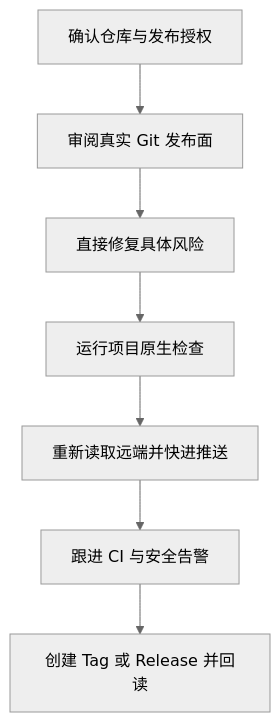
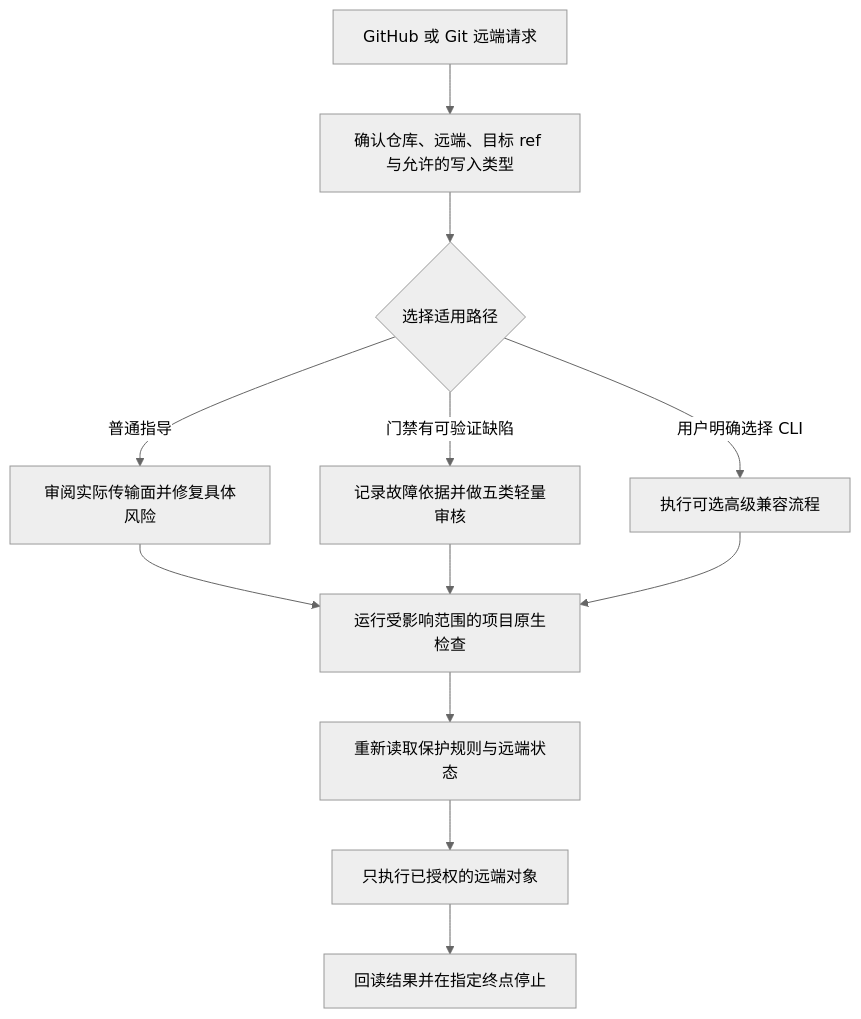
The diagram in README.md (AIALRA-0/agent-github-safe-publish), drawn with Mermaid (neutral theme) before and after one commit. The commit also changed other lines of this file and 16 other files, not shown here.

````diff
--- a/README.md
+++ b/README.md
@@ -23,9 +24,14 @@
 ```mermaid
 flowchart TD
-    A[确认仓库与发布授权] --> B[审阅真实 Git 发布面]
-    B --> C[直接修复具体风险]
-    C --> D[运行项目原生检查]
-    D --> E[重新读取远端并快进推送]
-    E --> F[跟进 CI 与安全告警]
-    F --> G[创建 Tag 或 Release 并回读]
+    A[GitHub 或 Git 远端请求] --> B[确认仓库、远端、目标 ref 与允许的写入类型]
+    B --> C{选择适用路径}
+    C -->|普通指导| D[审阅实际传输面并修复具体风险]
+    C -->|门禁有可验证缺陷| E[记录故障依据并做五类轻量审核]
+    C -->|用户明确选择 CLI| F[执行可选高级兼容流程]
+    D --> G[运行受影响范围的项目原生检查]
+    E --> G
+    F --> G
+    G --> H[重新读取保护规则与远端状态]
+    H --> I[只执行已授权的远端对象]
+    I --> J[回读结果并在指定终点停止]
 ```
````
